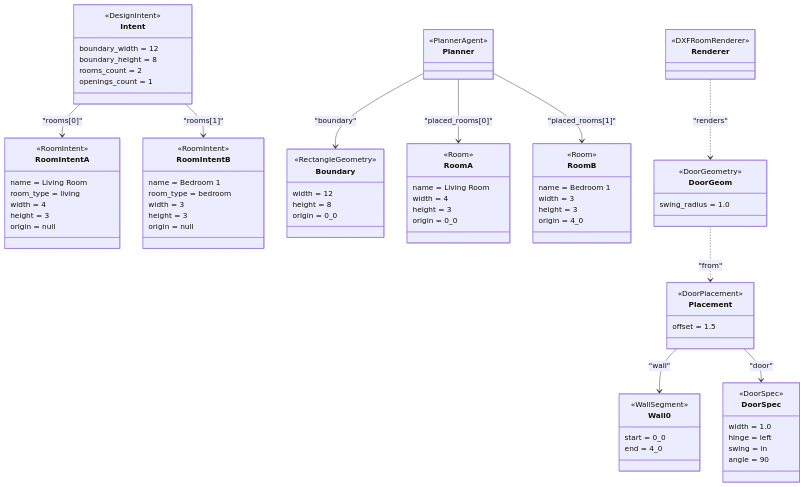
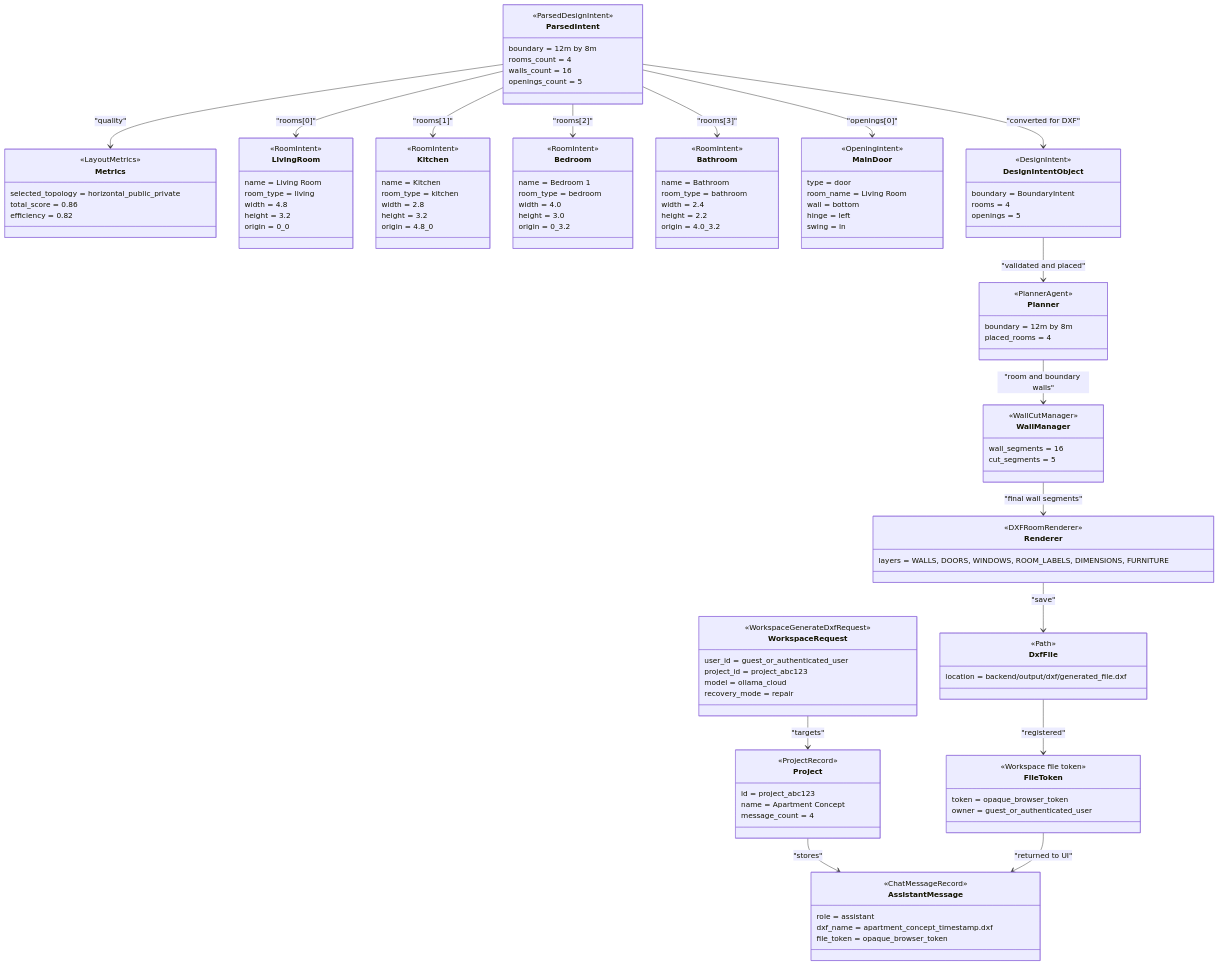
The diagram in docs/uml/structure/12_object_diagram.md (Youssefx64/CadArena), drawn with Mermaid before and after one commit. The commit also changed other lines of this file and 13 other files, not shown here.

````diff
--- a/docs/uml/structure/12_object_diagram.md
+++ b/docs/uml/structure/12_object_diagram.md
@@ -7,95 +8,135 @@
 ```mermaid
 classDiagram
-    class Intent {
-        <<DesignIntent>>
-        boundary_width = 12
-        boundary_height = 8
-        rooms_count = 2
-        openings_count = 1
+    class WorkspaceRequest {
+        <<WorkspaceGenerateDxfRequest>>
+        user_id = guest_or_authenticated_user
+        project_id = project_abc123
+        model = ollama_cloud
+        recovery_mode = repair
     }
 
-    class RoomIntentA {
+    class Project {
+        <<ProjectRecord>>
+        id = project_abc123
+        name = Apartment Concept
+        message_count = 4
+    }
+
+    class ParsedIntent {
+        <<ParsedDesignIntent>>
+        boundary = 12m by 8m
+        rooms_count = 4
+        walls_count = 16
+        openings_count = 5
+    }
+
+    class Metrics {
+        <<LayoutMetrics>>
+        selected_topology = horizontal_public_private
+        total_score = 0.86
+        efficiency = 0.82
+    }
+
+    class LivingRoom {
         <<RoomIntent>>
         name = Living Room
         room_type = living
-        width = 4
-        height = 3
-        origin = null
+        width = 4.8
+        height = 3.2
+        origin = 0_0
     }
 
-    class RoomIntentB {
+    class Kitchen {
+        <<RoomIntent>>
+        name = Kitchen
+        room_type = kitchen
+        width = 2.8
+        height = 3.2
+        origin = 4.8_0
+    }
+
+    class Bedroom {
         <<RoomIntent>>
         name = Bedroom 1
         room_type = bedroom
-        width = 3
-        height = 3
-        origin = null
+        width = 4.0
+        height = 3.0
+        origin = 0_3.2
     }
 
-    class Boundary {
-        <<RectangleGeometry>>
-        width = 12
-        height = 8
-        origin = 0_0
+    class Bathroom {
+        <<RoomIntent>>
+        name = Bathroom
+        room_type = bathroom
+        width = 2.4
+        height = 2.2
+        origin = 4.0_3.2
+    }
+
+    class MainDoor {
+        <<OpeningIntent>>
+        type = door
+        room_name = Living Room
+        wall = bottom
+        hinge = left
+        swing = in
+    }
+
+    class DesignIntentObject {
+        <<DesignIntent>>
+        boundary = BoundaryIntent
+        rooms = 4
+        openings = 5
     }
 
     class Planner {
         <<PlannerAgent>>
+        boundary = 12m by 8m
+        placed_rooms = 4
     }
 
-    class RoomA {
-        <<Room>>
-        name = Living Room
-        width = 4
-        height = 3
-        origin = 0_0
-    }
-
-    class RoomB {
-        <<Room>>
-        name = Bedroom 1
-        width = 3
-        height = 3
-        origin = 4_0
-    }
-
-    class Wall0 {
-        <<WallSegment>>
-        start = 0_0
-        end = 4_0
-    }
-
-    class DoorSpec {
-        <<DoorSpec>>
-        width = 1.0
-        hinge = left
-        swing = in
-        angle = 90
-    }
-
-    class Placement {
-        <<DoorPlacement>>
-        offset = 1.5
-    }
-
-    class DoorGeom {
-        <<DoorGeometry>>
-        swing_radius = 1.0
+    class WallManager {
+        <<WallCutManager>>
+        wall_segments = 16
+        cut_segments = 5
     }
 
     class Renderer {
         <<DXFRoomRenderer>>
+        layers = WALLS, DOORS, WINDOWS, ROOM_LABELS, DIMENSIONS, FURNITURE
     }
 
-    Intent --> RoomIntentA : "rooms[0]"
-    Intent --> RoomIntentB : "rooms[1]"
+    class DxfFile {
+        <<Path>>
+        location = backend/output/dxf/generated_file.dxf
+    }
 
-    Planner --> Boundary : "boundary"
-    Planner --> RoomA : "placed_rooms[0]"
-    Planner --> RoomB : "placed_rooms[1]"
+    class FileToken {
+        <<Workspace file token>>
+        token = opaque_browser_token
+        owner = guest_or_authenticated_user
+    }
 
-    Placement --> Wall0 : "wall"
-    Placement --> DoorSpec : "door"
-    DoorGeom ..> Placement : "from"
-    Renderer ..> DoorGeom : "renders"
+    class AssistantMessage {
+        <<ChatMessageRecord>>
+        role = assistant
+        dxf_name = apartment_concept_timestamp.dxf
+        file_token = opaque_browser_token
+    }
+
+    WorkspaceRequest --> Project : "targets"
+    Project --> AssistantMessage : "stores"
+    ParsedIntent --> Metrics : "quality"
+    ParsedIntent --> LivingRoom : "rooms[0]"
+    ParsedIntent --> Kitchen : "rooms[1]"
+    ParsedIntent --> Bedroom : "rooms[2]"
+    ParsedIntent --> Bathroom : "rooms[3]"
+    ParsedIntent --> MainDoor : "openings[0]"
+    ParsedIntent --> DesignIntentObject : "converted for DXF"
+    DesignIntentObject --> Planner : "validated and placed"
+    Planner --> WallManager : "room and boundary walls"
+    WallManager --> Renderer : "final wall segments"
+    Renderer --> DxfFile : "save"
+    DxfFile --> FileToken : "registered"
+    FileToken --> AssistantMessage : "returned to UI"
 ```
````
